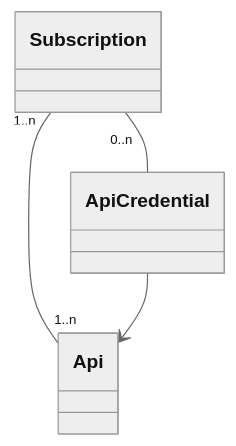
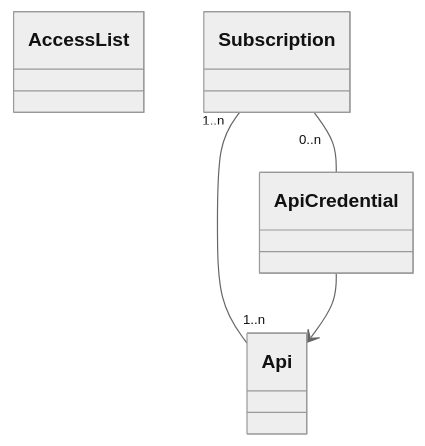
One commit to Serkan80/api-management changed the second of 2 diagrams in README.md. Above: the diagram before and after it, drawn with Mermaid (neutral theme). The commit also changed other lines of this file and 1 other file, not shown here.

````diff
--- a/README.md
+++ b/README.md
@@ -107,6 +108,7 @@
 ```mermaid
 classDiagram
+    class AccessList   
     Subscription "1..n" -- "1..n" Api
     Subscription "0..n" -- ApiCredential
     ApiCredential --> Api
 ```
````
